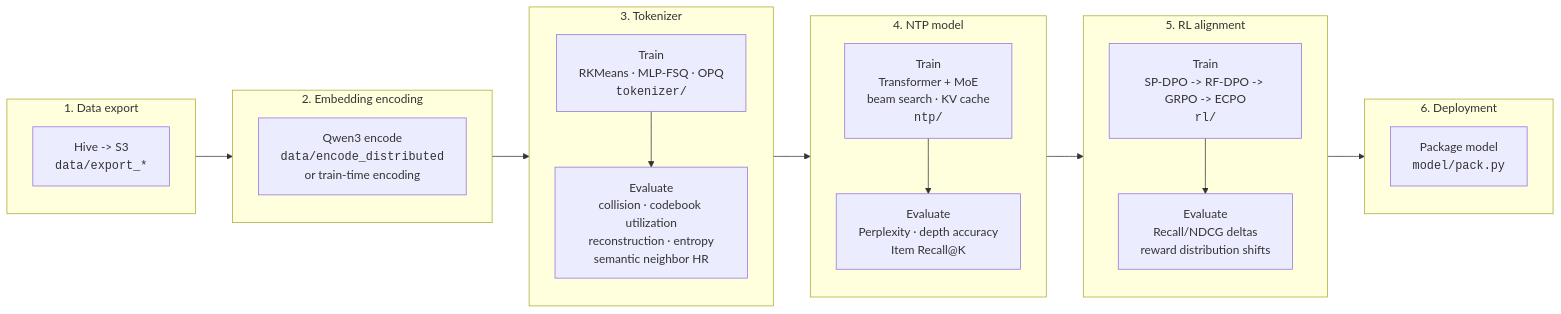
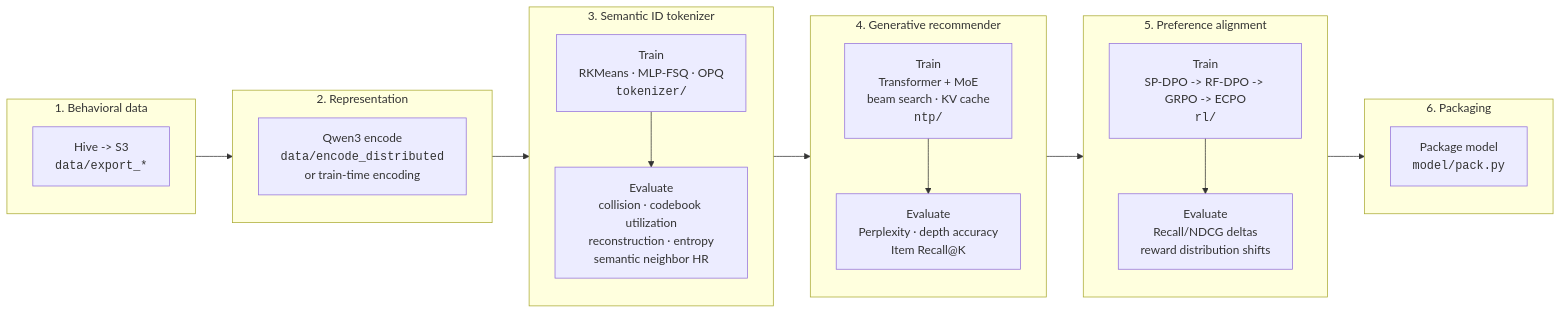
One commit to yzq986/nanoGenRec changed the diagram in README.md. Above: the diagram before and after it, drawn with Mermaid. The commit also changed other lines of this file and 3 other files, not shown here.

````diff
--- a/README.md
+++ b/README.md
@@ -28,31 +30,31 @@
 ```mermaid
 graph LR
-    subgraph S1 ["1. Data export"]
+    subgraph S1 ["1. Behavioral data"]
         D1[Hive -> S3<br><code>data/export_*</code>]
     end
-    subgraph S2 ["2. Embedding encoding"]
+    subgraph S2 ["2. Representation"]
         D2[Qwen3 encode<br><code>data/encode_distributed</code><br>or train-time encoding]
     end
-    subgraph S3 ["3. Tokenizer"]
+    subgraph S3 ["3. Semantic ID tokenizer"]
         direction TB
         T_TRAIN["Train<br>RKMeans · MLP-FSQ · OPQ<br><code>tokenizer/</code>"]
         T_EVAL["Evaluate<br>collision · codebook utilization<br>reconstruction · entropy<br>semantic neighbor HR"]
         T_TRAIN --> T_EVAL
     end
-    subgraph S4 ["4. NTP model"]
+    subgraph S4 ["4. Generative recommender"]
         direction TB
         N_TRAIN["Train<br>Transformer + MoE<br>beam search · KV cache<br><code>ntp/</code>"]
         N_EVAL["Evaluate<br>Perplexity · depth accuracy<br>Item Recall@K"]
         N_TRAIN --> N_EVAL
     end
-    subgraph S5 ["5. RL alignment"]
+    subgraph S5 ["5. Preference alignment"]
         direction TB
         R_TRAIN["Train<br>SP-DPO -> RF-DPO -> GRPO -> ECPO<br><code>rl/</code>"]
         R_EVAL["Evaluate<br>Recall/NDCG deltas<br>reward distribution shifts"]
         R_TRAIN --> R_EVAL
     end
-    subgraph S6 ["6. Deployment"]
+    subgraph S6 ["6. Packaging"]
         D5["Package model<br><code>model/pack.py</code>"]
     end
     S1 --> S2 --> S3 --> S4 --> S5 --> S6
 ```
````
